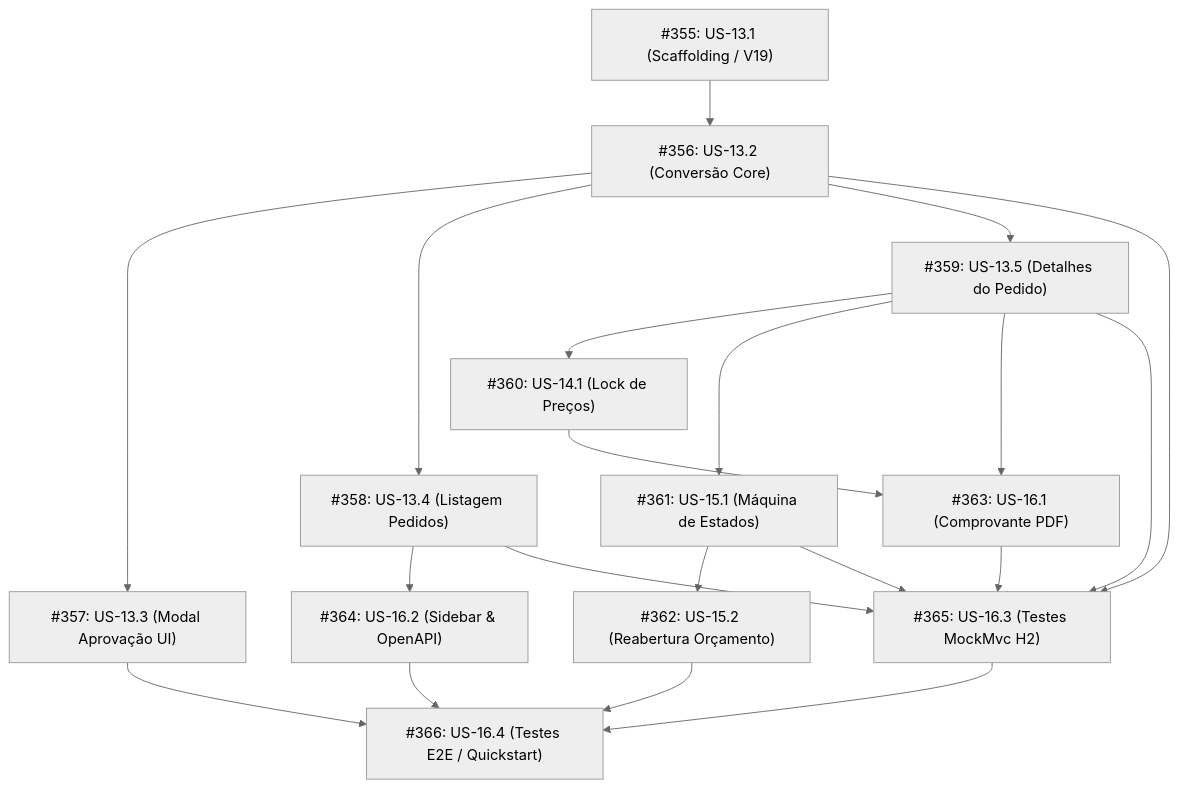
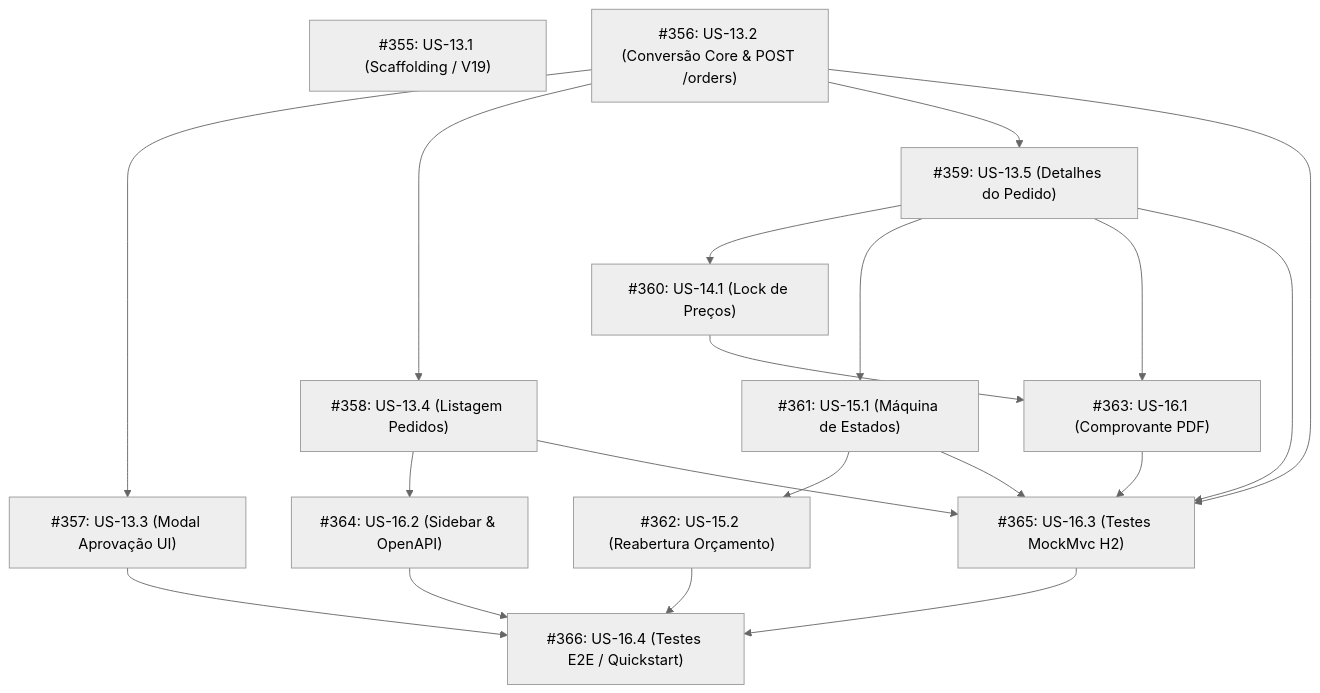
Before and after one commit to ADS-IFPB-SR/alumigest: the diagram in docs/planejamento/sprint-06/tasks.md, drawn with Mermaid (neutral theme). The commit also changed other lines of this file and 1 other file, not shown here.

Commit message:
docs(sprint-06): liberar US-13.2 de bloqueios para inicio em paralelo

````diff
--- a/docs/planejamento/sprint-06/tasks.md
+++ b/docs/planejamento/sprint-06/tasks.md
@@ -58,15 +58,17 @@
 ```mermaid
 graph TD
-    US131["#355: US-13.1 (Scaffolding / V19)"] --> US132["#356: US-13.2 (Conversão Core)"]
+    US131["#355: US-13.1 (Scaffolding / V19)"]
+    US132["#356: US-13.2 (Conversão Core & POST /orders)"]
+    
     US132 --> US133["#357: US-13.3 (Modal Aprovação UI)"]
     US132 --> US134["#358: US-13.4 (Listagem Pedidos)"]
     US132 --> US135["#359: US-13.5 (Detalhes do Pedido)"]
     US134 --> US162["#364: US-16.2 (Sidebar & OpenAPI)"]
     US135 --> US141["#360: US-14.1 (Lock de Preços)"]
     US135 --> US151["#361: US-15.1 (Máquina de Estados)"]
     US151 --> US152["#362: US-15.2 (Reabertura Orçamento)"]
     US135 --> US161["#363: US-16.1 (Comprovante PDF)"]
     US141 --> US161
     US132 & US134 & US135 & US151 & US161 --> US163["#365: US-16.3 (Testes MockMvc H2)"]
     US133 & US152 & US162 & US163 --> US164["#366: US-16.4 (Testes E2E / Quickstart)"]
 ```
````
